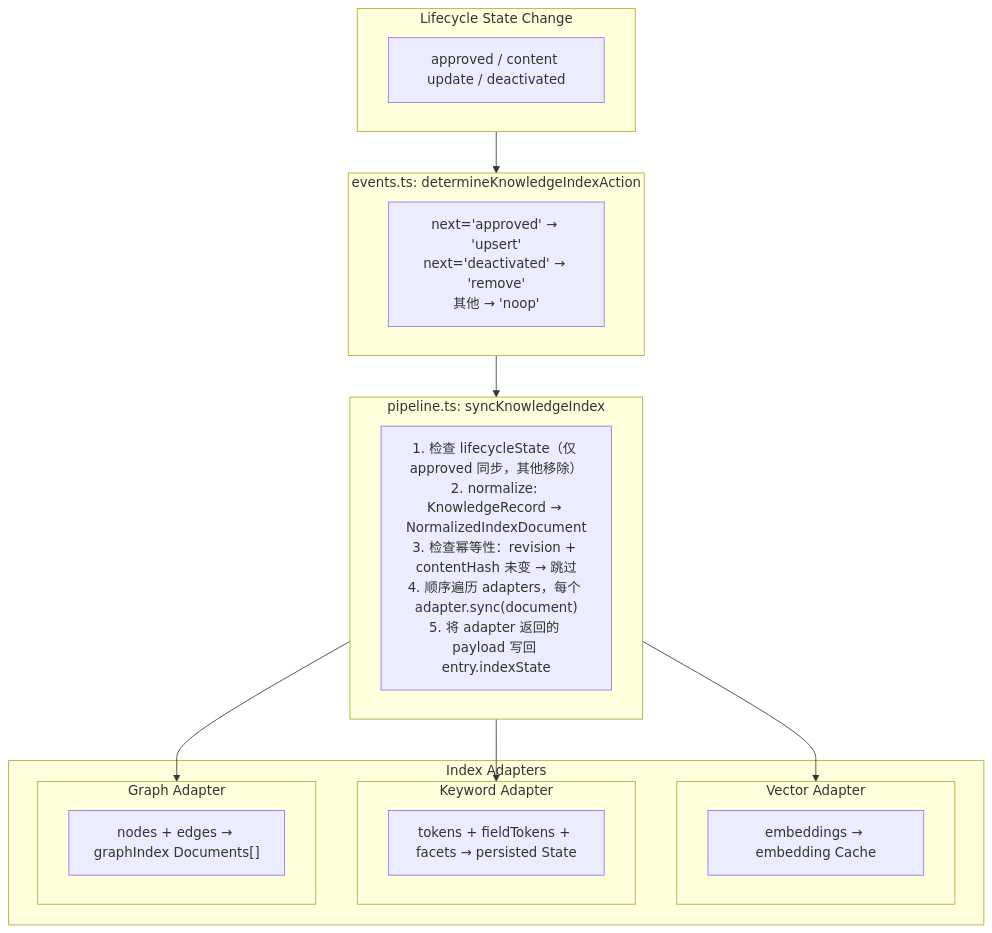
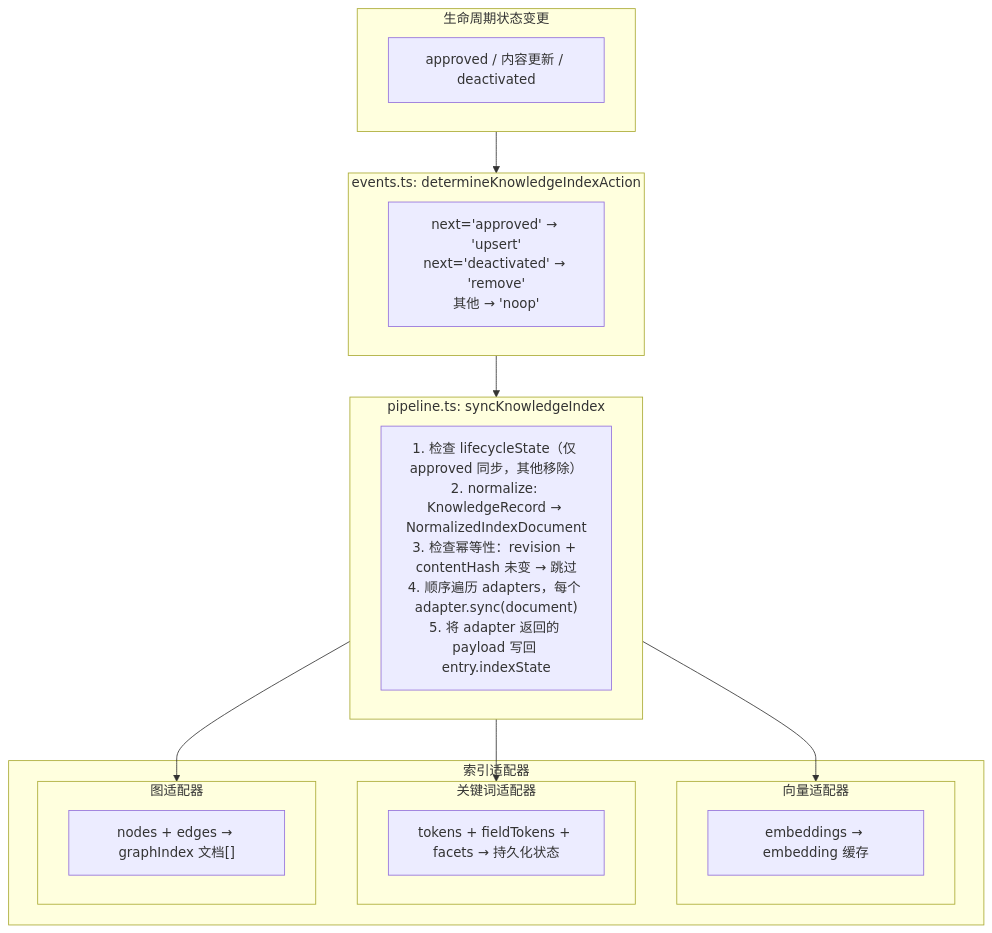
One commit to pofossette/TrapMap-for-vibing changed the first of 4 diagrams in docs/architecture/components/INDEXING.md. Above: the diagram before and after it, drawn with Mermaid. The commit also changed other lines of this file and 31 other files, not shown here.

````diff
--- a/docs/architecture/components/INDEXING.md
+++ b/docs/architecture/components/INDEXING.md
@@ -42,33 +42,33 @@
 ```mermaid
 flowchart TB
-    subgraph LifecycleChange["Lifecycle State Change"]
-        A["approved / content update / deactivated"]
+    subgraph 生命周期变更["生命周期状态变更"]
+        A["approved / 内容更新 / deactivated"]
     end
 
-    subgraph Events["events.ts: determineKnowledgeIndexAction"]
+    subgraph 事件处理["events.ts: determineKnowledgeIndexAction"]
         B["next='approved' → 'upsert'\nnext='deactivated' → 'remove'\n其他 → 'noop'"]
     end
 
-    subgraph Pipeline["pipeline.ts: syncKnowledgeIndex"]
+    subgraph 管道编排["pipeline.ts: syncKnowledgeIndex"]
         C["1. 检查 lifecycleState（仅 approved 同步，其他移除）\n2. normalize: KnowledgeRecord → NormalizedIndexDocument\n3. 检查幂等性：revision + contentHash 未变 → 跳过\n4. 顺序遍历 adapters，每个 adapter.sync(document)\n5. 将 adapter 返回的 payload 写回 entry.indexState"]
     end
 
-    subgraph Adapters["Index Adapters"]
-        subgraph Vector["Vector Adapter"]
-            D1["embeddings → embedding Cache"]
+    subgraph 索引适配器["索引适配器"]
+        subgraph 向量适配器["向量适配器"]
+            D1["embeddings → embedding 缓存"]
         end
 
-        subgraph Keyword["Keyword Adapter"]
-            D2["tokens + fieldTokens + facets → persisted State"]
+        subgraph 关键词适配器["关键词适配器"]
+            D2["tokens + fieldTokens + facets → 持久化状态"]
         end
 
-        subgraph Graph["Graph Adapter"]
-            D3["nodes + edges → graphIndex Documents[]"]
+        subgraph 图适配器["图适配器"]
+            D3["nodes + edges → graphIndex 文档[]"]
         end
     end
 
-    LifecycleChange --> Events --> Pipeline
-    Pipeline --> Vector
-    Pipeline --> Keyword
-    Pipeline --> Graph
+    生命周期变更 --> 事件处理 --> 管道编排
+    管道编排 --> 向量适配器
+    管道编排 --> 关键词适配器
+    管道编排 --> 图适配器
 ```
````
